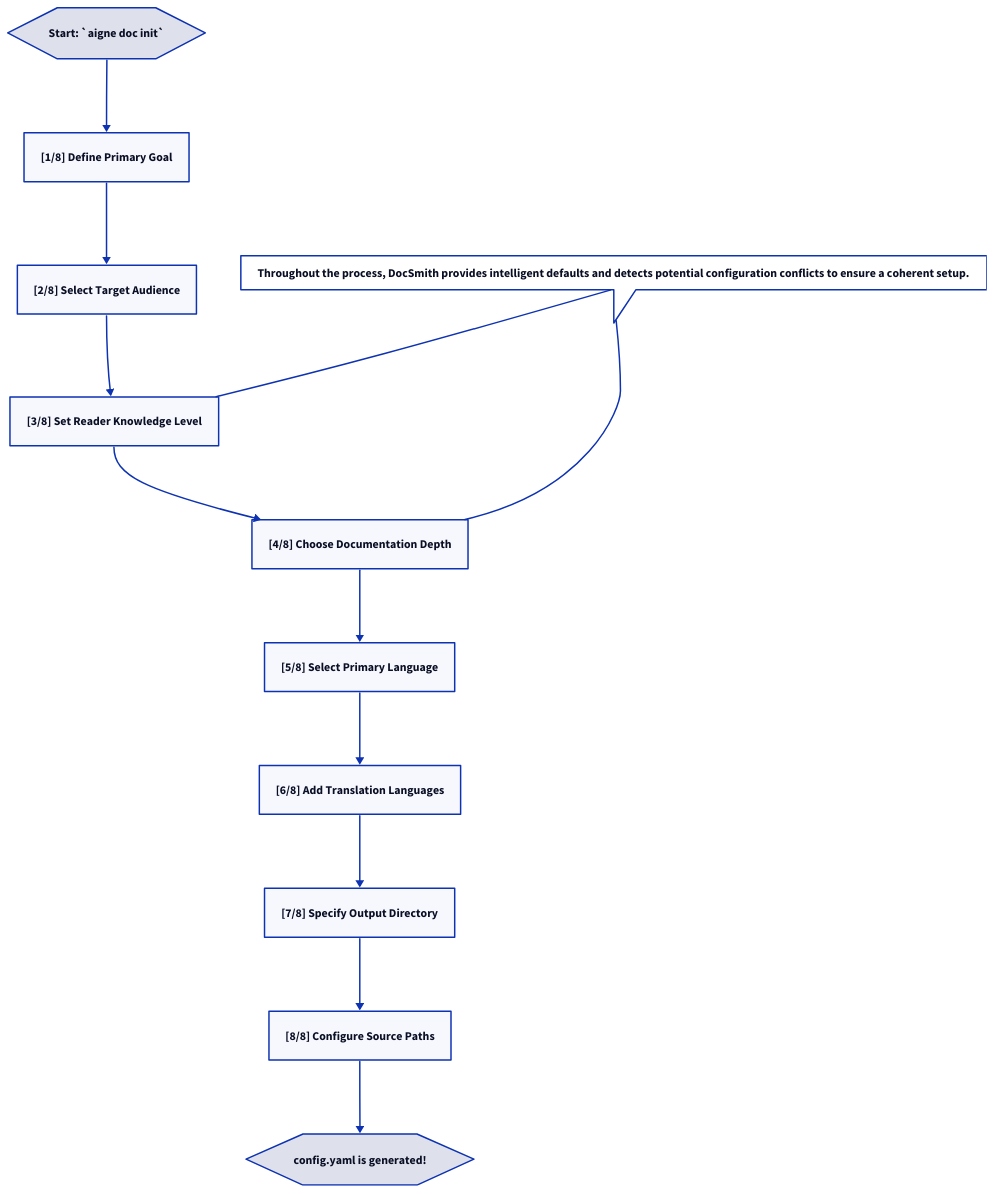
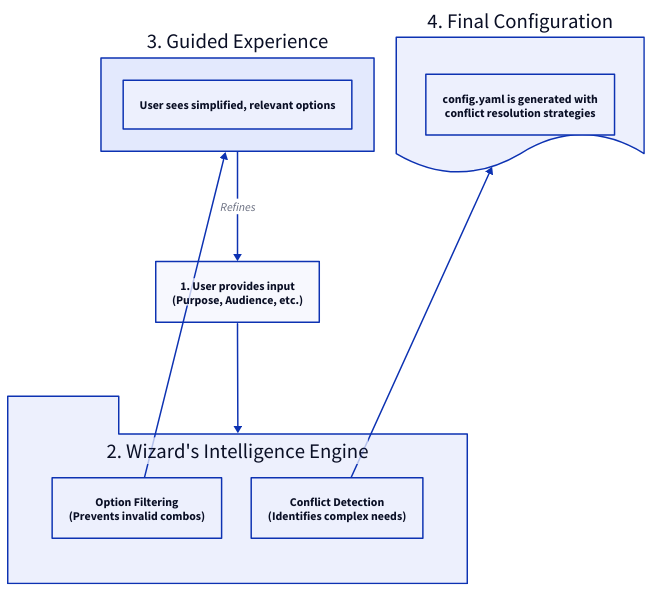
One commit to AIGNE-io/aigne-doc-smith changed the diagram in docs/configuration-interactive-setup.md. Above: the diagram before and after it, drawn with D2. The commit also changed other lines of this file and 35 other files, not shown here.

````diff
--- a/docs/configuration-interactive-setup.md
+++ b/docs/configuration-interactive-setup.md
@@ -15,29 +32,39 @@
 ```d2
 direction: down
 
-start: "Start: `aigne doc init`" {
-  shape: hexagon
+User-Selections: {
+  label: "1. User provides input\n(Purpose, Audience, etc.)"
+  shape: rectangle
 }
 
-step1: "[1/8] Define Primary Goal"
-step2: "[2/8] Select Target Audience"
-step3: "[3/8] Set Reader Knowledge Level"
-step4: "[4/8] Choose Documentation Depth"
-step5: "[5/8] Select Primary Language"
-step6: "[6/8] Add Translation Languages"
-step7: "[7/8] Specify Output Directory"
-step8: "[8/8] Configure Source Paths"
+Wizard-Intelligence: {
+  label: "2. Wizard's Intelligence Engine"
+  shape: package
+  grid-columns: 2
 
-finish: "config.yaml is generated!" {
-  shape: hexagon
+  Filtering: {
+    label: "Option Filtering\n(Prevents invalid combos)"
+  }
+
+  Conflict-Detection: {
+    label: "Conflict Detection\n(Identifies complex needs)"
+  }
 }
 
-start -> step1 -> step2 -> step3 -> step4 -> step5 -> step6 -> step7 -> step8 -> finish
-
-subsystem: "Throughout the process, DocSmith provides intelligent defaults and detects potential configuration conflicts to ensure a coherent setup." {
-    shape: callout
+Guided-Experience: {
+  label: "3. Guided Experience"
+  shape: rectangle
+  content: "User sees simplified, relevant options"
 }
 
-subsystem -- step3
-subsystem -- step4
+Final-Config: {
+  label: "4. Final Configuration"
+  shape: document
+  content: "config.yaml is generated with\nconflict resolution strategies"
+}
+
+User-Selections -> Wizard-Intelligence
+Wizard-Intelligence.Filtering -> Guided-Experience
+Wizard-Intelligence.Conflict-Detection -> Final-Config
+Guided-Experience -> User-Selections: "Refines"
 ```
````
